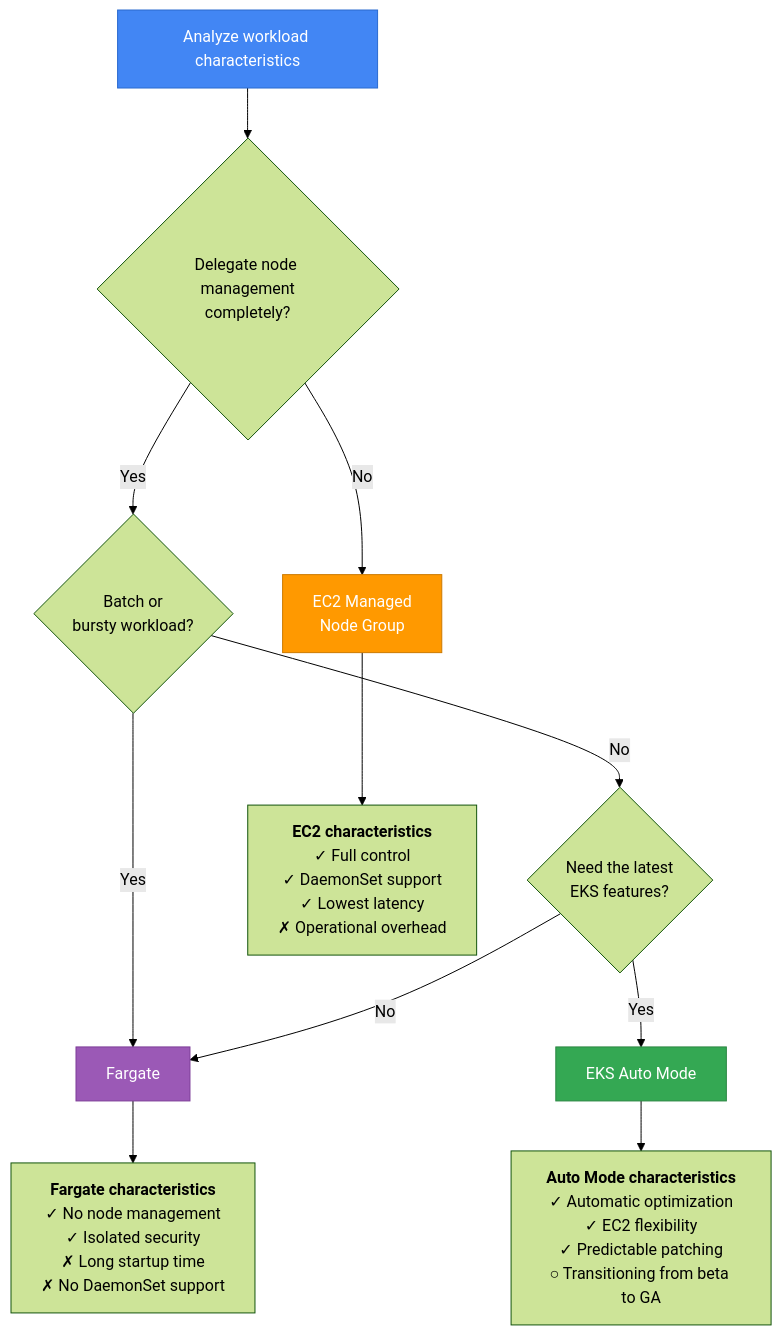
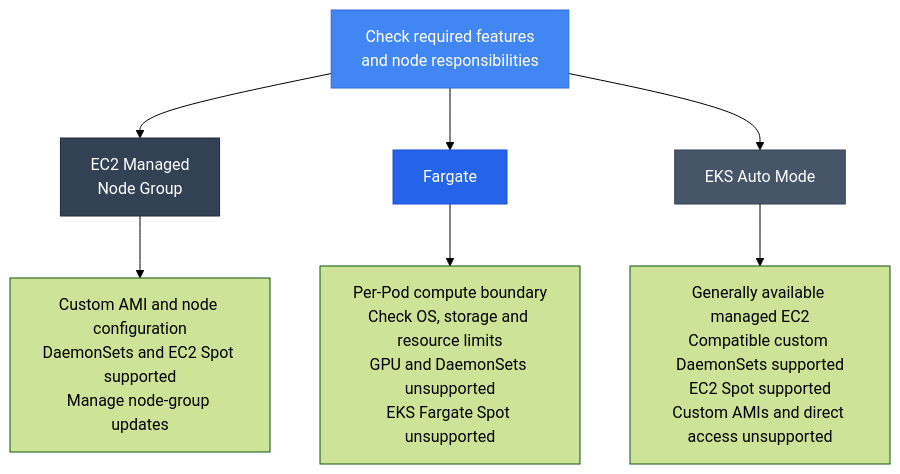
The second of 2 diagrams in i18n/en/docusaurus-plugin-content-docs/current/eks-best-practices/operations-reliability/pod-lifecycle/shutdown-fargate.md (devfloor9/engineering-playbook), drawn with Mermaid (forest theme) before and after one commit. The commit also changed other lines of this file and 2 other files, not shown here.

First line of the commit message:
Correct Fargate lifecycle and observability guidance

````diff
--- a/i18n/en/docusaurus-plugin-content-docs/current/eks-best-practices/operations-reliability/pod-lifecycle/shutdown-fargate.md
+++ b/i18n/en/docusaurus-plugin-content-docs/current/eks-best-practices/operations-reliability/pod-lifecycle/shutdown-fargate.md
@@ -354,25 +343,16 @@
 ```mermaid
 flowchart TD
-    Start[Analyze workload characteristics]
+    Start[Check required features<br/>and node responsibilities]
+    Start --> EC2[EC2 Managed<br/>Node Group]
+    Start --> Fargate[Fargate]
+    Start --> AutoMode[EKS Auto Mode]
 
-    Start --> Q1{Delegate node management<br/>completely?}
-    Q1 -->|Yes| Q2{Batch or<br/>bursty workload?}
-    Q1 -->|No| EC2[EC2 Managed<br/>Node Group]
-
-    Q2 -->|Yes| Fargate[Fargate]
-    Q2 -->|No| Q3{Need the latest<br/>EKS features?}
-
-    Q3 -->|Yes| AutoMode[EKS Auto Mode]
-    Q3 -->|No| Fargate
-
-    EC2 --> EC2Details[<b>EC2 characteristics</b><br/>✓ Full control<br/>✓ DaemonSet support<br/>✓ Lowest latency<br/>✗ Operational overhead]
-
-    Fargate --> FargateDetails[<b>Fargate characteristics</b><br/>✓ No node management<br/>✓ Isolated security<br/>✗ Long startup time<br/>✗ No DaemonSet support]
-
-    AutoMode --> AutoDetails[<b>Auto Mode characteristics</b><br/>✓ Automatic optimization<br/>✓ EC2 flexibility<br/>✓ Predictable patching<br/>○ Transitioning from beta to GA]
+    EC2 --> EC2Details[Custom AMI and node configuration<br/>DaemonSets and EC2 Spot supported<br/>Manage node-group updates]
+    Fargate --> FargateDetails[Per-Pod compute boundary<br/>Check OS, storage and resource limits<br/>GPU and DaemonSets unsupported<br/>EKS Fargate Spot unsupported]
+    AutoMode --> AutoDetails[Generally available managed EC2<br/>Compatible custom DaemonSets supported<br/>EC2 Spot supported<br/>Custom AMIs and direct access unsupported]
 
     style Start fill:#4286f4,stroke:#2a6acf,color:#fff
-    style EC2 fill:#ff9900,stroke:#cc7a00,color:#fff
-    style Fargate fill:#9b59b6,stroke:#7d3c98,color:#fff
-    style AutoMode fill:#34a853,stroke:#2a8642,color:#fff
+    style EC2 fill:#334155,stroke:#1e293b,color:#fff
+    style Fargate fill:#2563eb,stroke:#1d4ed8,color:#fff
+    style AutoMode fill:#475569,stroke:#334155,color:#fff
 ```
````
